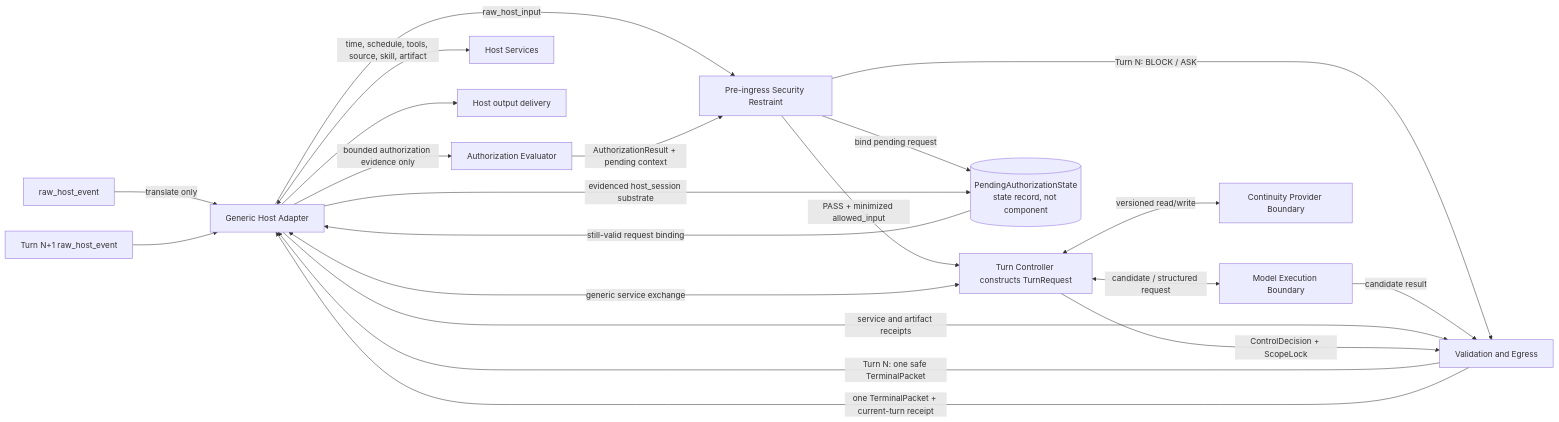
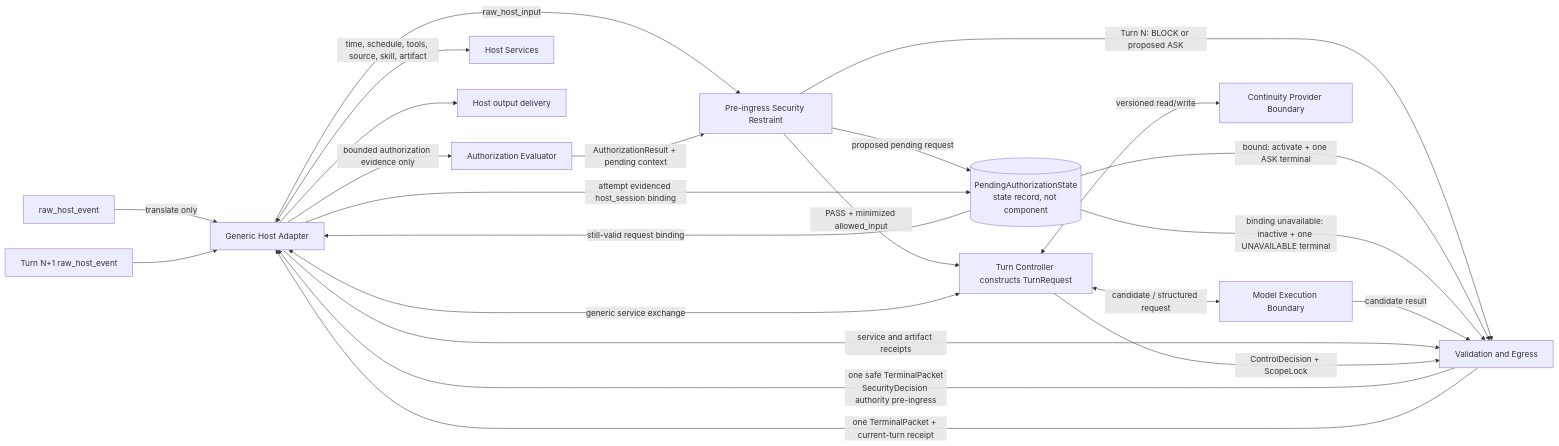
The diagram in docs/architecture/successor_component_graph.md (blueprintsage/Blu_Core), drawn with Mermaid before and after one commit. The commit also changed other lines of this file and 16 other files, not shown here.

Commit message:
fix(BC-018-C1): define pre-ingress unavailable termination

````diff
--- a/docs/architecture/successor_component_graph.md
+++ b/docs/architecture/successor_component_graph.md
@@ -11,23 +11,25 @@
 ```mermaid
 flowchart LR
     Host["raw_host_event"] -->|"translate only"| Adapter["Generic Host Adapter"]
     Adapter -->|"raw_host_input"| OPSEC["Pre-ingress Security Restraint"]
     OPSEC -->|"PASS + minimized allowed_input"| Controller["Turn Controller constructs TurnRequest"]
-    OPSEC -->|"Turn N: BLOCK / ASK"| Egress["Validation and Egress"]
-    Egress -->|"Turn N: one safe TerminalPacket"| Adapter
-    OPSEC -->|"bind pending request"| Pending[("PendingAuthorizationState\nstate record, not component")]
-    Adapter -->|"evidenced host_session substrate"| Pending
+    OPSEC -->|"Turn N: BLOCK or proposed ASK"| Egress["Validation and Egress"]
+    OPSEC -->|"proposed pending request"| Pending[("PendingAuthorizationState\nstate record, not component")]
+    Adapter -->|"attempt evidenced host_session binding"| Pending
+    Pending -->|"bound: activate + one ASK terminal"| Egress
+    Pending -->|"binding unavailable: inactive + one UNAVAILABLE terminal"| Egress
+    Egress -->|"one safe TerminalPacket\nSecurityDecision authority pre-ingress"| Adapter
     NextHost["Turn N+1 raw_host_event"] --> Adapter
     Pending -->|"still-valid request binding"| Adapter
     Adapter -->|"bounded authorization evidence only"| Auth["Authorization Evaluator"]
     Auth -->|"AuthorizationResult + pending context"| OPSEC
     Controller <-->|"candidate / structured request"| Model["Model Execution Boundary"]
     Controller <-->|"generic service exchange"| Adapter
     Adapter <-->|"time, schedule, tools, source, skill, artifact"| Services["Host Services"]
     Controller <-->|"versioned read/write"| Continuity["Continuity Provider Boundary"]
     Model -->|"candidate result"| Egress
     Adapter -->|"service and artifact receipts"| Egress
     Controller -->|"ControlDecision + ScopeLock"| Egress
     Egress -->|"one TerminalPacket + current-turn receipt"| Adapter
     Adapter --> Output["Host output delivery"]
 ```
````
